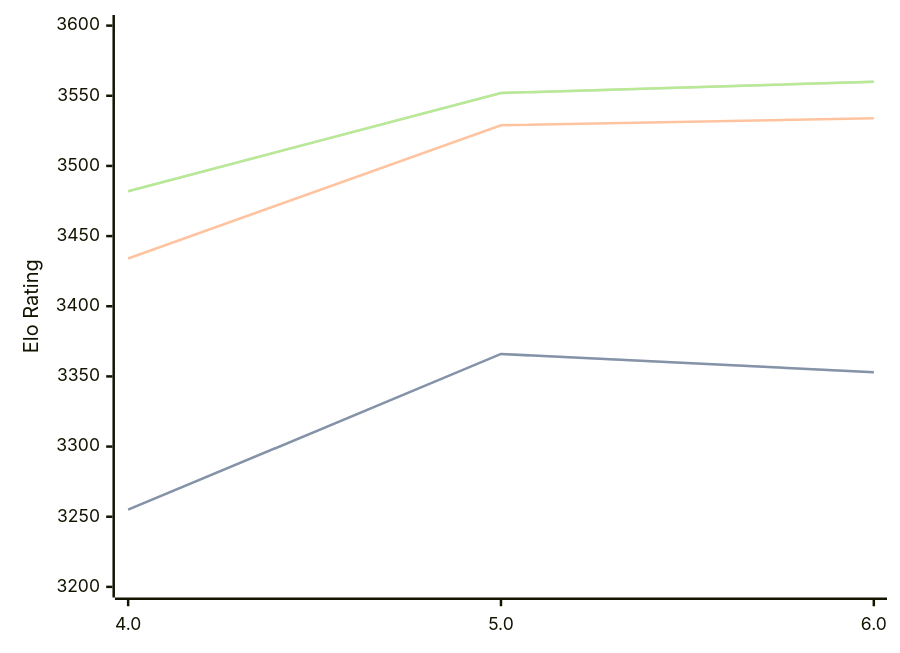
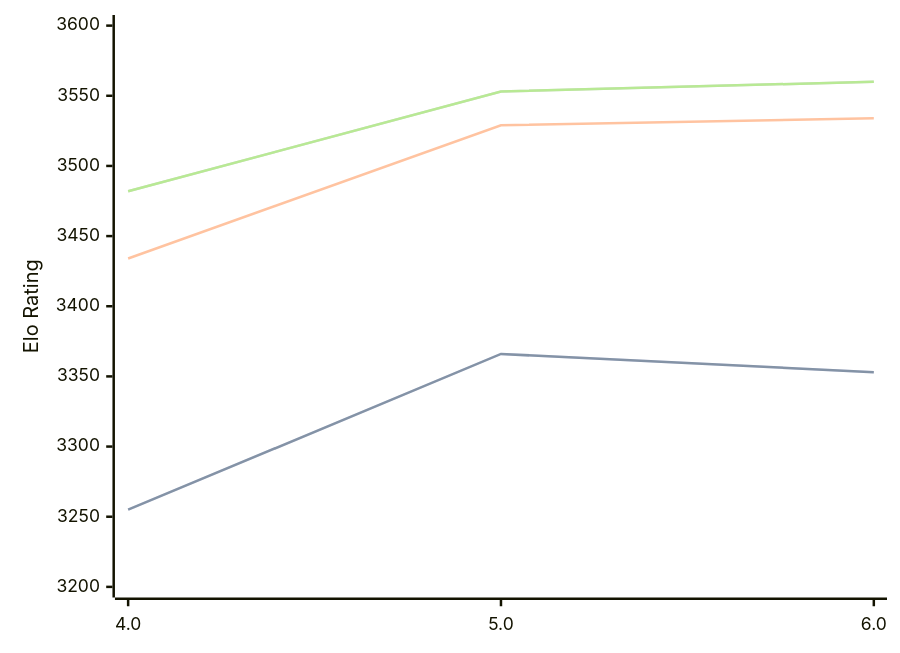
One commit to computer-chess-index/cci changed the diagram in engines/Tarnished.md. Above: the diagram before and after it, drawn with Mermaid. The commit also changed other lines of this file, not shown here.

Commit message:
Update CCI Ratings (ELO VLTC) - 2026-09-04

````diff
--- a/engines/Tarnished.md
+++ b/engines/Tarnished.md
@@ -33,11 +33,11 @@
 ```mermaid
 %%{init: {"theme":"base","themeVariables":{"seriesColors:['#a3a3a3','#222221','#faa371']}}}%%
 xychart-beta
   x-axis ["4.0", "5.0", "6.0"]
   y-axis "Elo Rating" 3200 --> 3600
   line "" [3255, 3366, 3353]
   line "STC (8.0+0.08s)" [3255, 3366, 3353]
   line "LTC (60.0+0.60s)" [3434, 3529, 3534]
-  line "" [3482, 3552, 3560]
-  line "VLTC (2m24s+1.12s)" [3482, 3552, 3560]
+  line "" [3482, 3553, 3560]
+  line "VLTC (2m24s+1.12s)" [3482, 3553, 3560]
 ```
````
